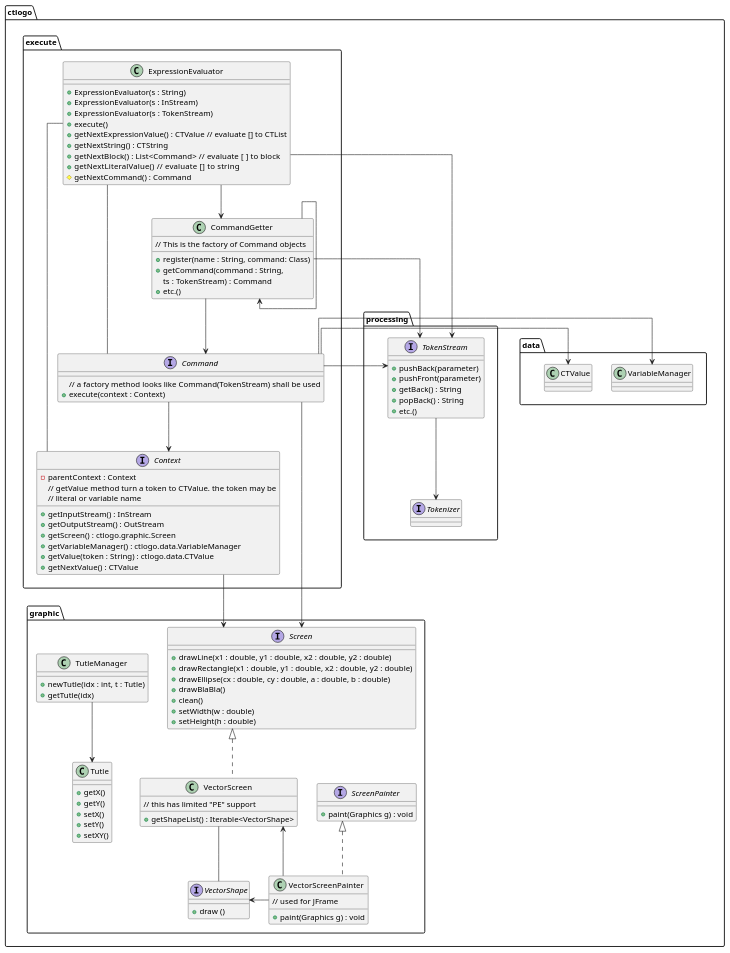
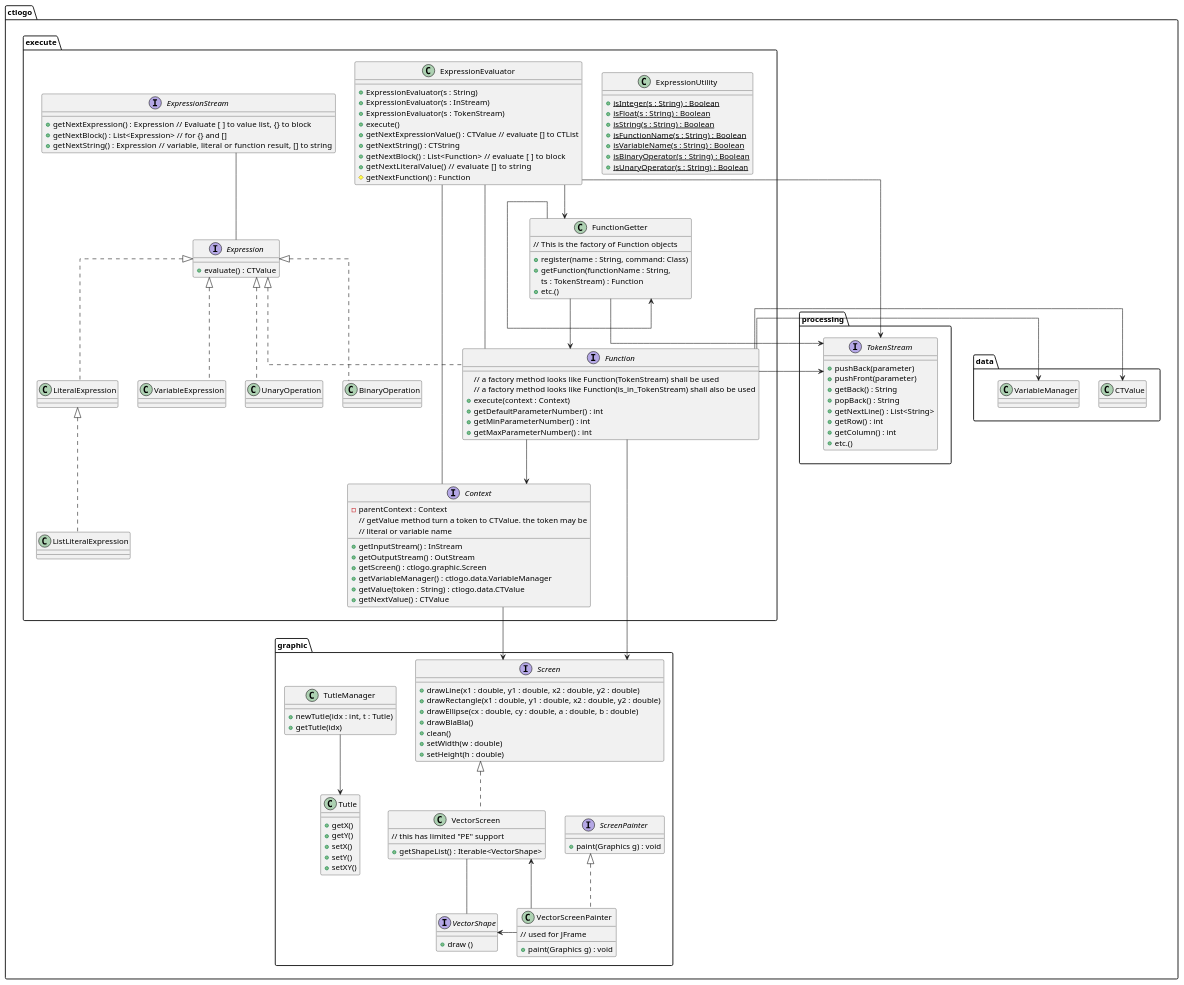
One commit to yangwenbo99/CTLogo changed the first of 4 diagrams in doc/design/overall.md. Above: the diagram before and after it, drawn with PlantUML. The commit also changed other lines of this file and 2 other files, not shown here.

Commit message:
commands

```diff
--- a/doc/design/overall.md
+++ b/doc/design/overall.md
@@ -18,21 +18,38 @@
 skinparam linetype ortho
 
 package ctlogo.processing {
-    interface Tokenizer {
-    }
-
-    interface TokenStream {
+    interface TokenStream  {
         + pushBack(parameter)
         + pushFront(parameter)
         + getBack() : String
         + popBack() : String
+        + getNextLine() : List<String> 
+        + getRow() : int
+        + getColumn() : int
         + etc.()
     }
-
-    TokenStream --> Tokenizer
 }
 
 package ctlogo.execute {
+    class ExpressionUtility {
+        + {static} isInteger(s : String) : Boolean
+        + {static} isFloat(s : String) : Boolean
+        + {static} isString(s : String) : Boolean
+        + {static} isFunctionName(s : String) : Boolean
+        + {static} isVariableName(s : String) : Boolean
+        + {static} isBinaryOperator(s : String) : Boolean
+        + {static} isUnaryOperator(s : String) : Boolean
+    }
+    interface Expression {
+        + evaluate() : CTValue
+    }
+
+    interface ExpressionStream {
+        + getNextExpression() : Expression  // Evaluate [ ] to value list, {} to block
+        + getNextBlock() : List<Expression> // for {} and []
+        + getNextString() : Expression   // variable, literal or function result, [] to string
+    }
+
     class ExpressionEvaluator {
         + ExpressionEvaluator(s : String) 
         + ExpressionEvaluator(s : InStream)
@@ -40,24 +57,28 @@
         + execute()
         + getNextExpressionValue() : CTValue // evaluate [] to CTList
         + getNextString() : CTString
-        + getNextBlock() : List<Command>   // evaluate [ ] to block
+        + getNextBlock() : List<Function>   // evaluate [ ] to block
         + getNextLiteralValue()    // evaluate [] to string
-        # getNextCommand() : Command
+        # getNextFunction() : Function
     }
 
-    class CommandGetter {
-        // This is the factory of Command objects
+    class FunctionGetter {
+        // This is the factory of Function objects
         + register(name : String, command: Class)
-        + getCommand(command : String, 
-            ts : TokenStream) : Command
+        + getFunction(functionName : String, 
+            ts : TokenStream) : Function
         + etc.()
     }
 
-    CommandGetter -> CommandGetter
+    FunctionGetter -> FunctionGetter
 
-    interface Command {
-        // a factory method looks like Command(TokenStream) shall be used
+    interface Function {
+        // a factory method looks like Function(TokenStream) shall be used
+        // a factory method looks like Function(is_in_TokenStream) shall also be used
         + execute(context : Context)
+        + getDefaultParameterNumber() : int
+        + getMinParameterNumber() : int
+        + getMaxParameterNumber() : int
     }
 
     interface Context {
@@ -72,20 +93,29 @@
         + getNextValue() : CTValue
     }
 
-    ExpressionEvaluator --> CommandGetter
-    ExpressionEvaluator -- Command 
+    ExpressionEvaluator --> FunctionGetter
+    ExpressionEvaluator -- Function 
     ExpressionEvaluator -- Context
 
-    CommandGetter --> Command
-    Command --> Context
+    FunctionGetter --> Function
+    Function --> Context
+
+    Expression <|.. Function
+    Expression <|.. LiteralExpression
+    LiteralExpression <|.. ListLiteralExpression
+    Expression <|.. VariableExpression
+    Expression <|.. UnaryOperation
+    Expression <|.. BinaryOperation
+
+    ExpressionStream -- Expression
 }
 
-CommandGetter --> TokenStream
+FunctionGetter --> TokenStream
 ExpressionEvaluator --> TokenStream
-Command --> TokenStream
+Function --> TokenStream
 
-ctlogo.data.VariableManager <- Command 
-ctlogo.data.CTValue <- Command 
+ctlogo.data.VariableManager <- Function 
+ctlogo.data.CTValue <- Function 
 
 package ctlogo.graphic {
     interface Screen {
@@ -144,7 +174,7 @@
 
 
 Context --> Screen
-Command --> Screen
+Function --> Screen
 
 
 ctlogo.processing -[hidden]- ctlogo.data
```
